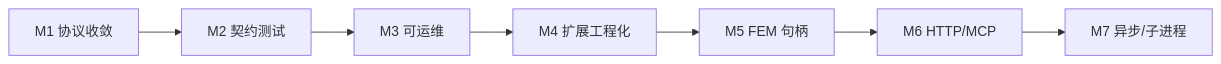
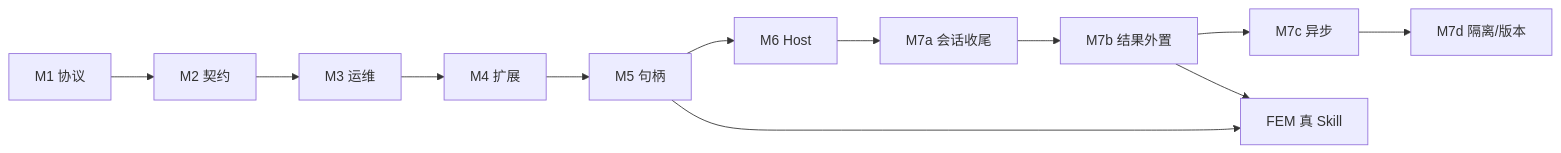
Before and after one commit to lizhengchun68-cmd/AIStudy: the diagram in dosc/next-development-plan.md, drawn with Mermaid. The commit also changed other lines of this file and 34 other files, not shown here.

````diff
--- a/dosc/next-development-plan.md
+++ b/dosc/next-development-plan.md
@@ -85,9 +86,14 @@
 ```mermaid
 flowchart LR
-  M1[M1 协议收敛] --> M2[M2 契约测试]
-  M2 --> M3[M3 可运维]
-  M3 --> M4[M4 扩展工程化]
-  M4 --> M5[M5 FEM 句柄]
-  M5 --> M6[M6 HTTP/MCP]
-  M6 --> M7[M7 异步/子进程]
+  M1[M1 协议] --> M2[M2 契约]
+  M2 --> M3[M3 运维]
+  M3 --> M4[M4 扩展]
+  M4 --> M5[M5 句柄]
+  M5 --> M6[M6 Host]
+  M6 --> M7a[M7a 会话收尾]
+  M7a --> M7b[M7b 结果外置]
+  M7b --> M7c[M7c 异步]
+  M7c --> M7d[M7d 隔离/版本]
+  M5 --> FEM[FEM 真 Skill]
+  M7b --> FEM
 ```
````
